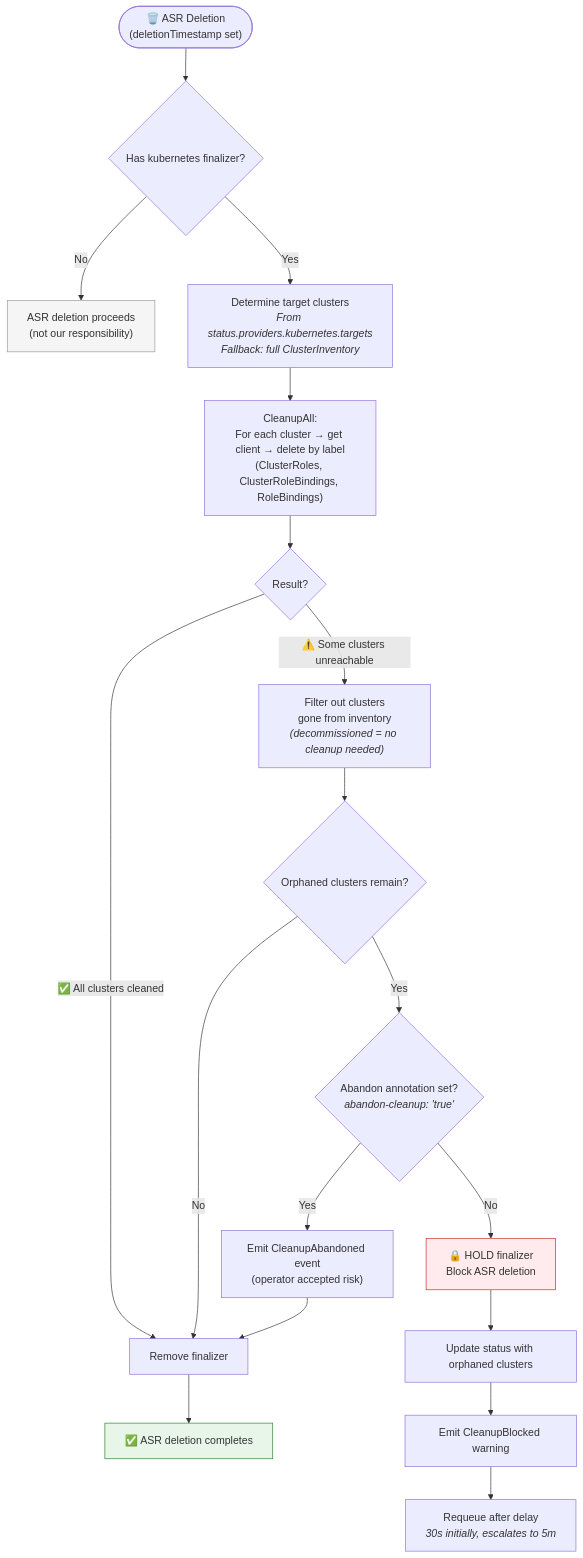
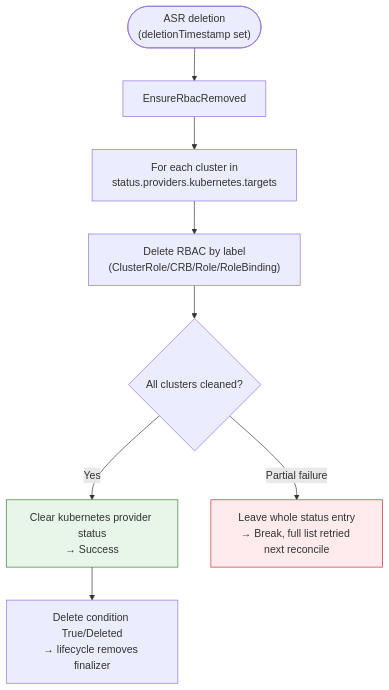
Before and after one commit to cloudoperators/permission-manager: the fourth of 5 diagrams in docs/reconciler-flows.md, drawn with Mermaid. The commit also changed other lines of this file and 2 other files, not shown here.

First line of the commit message:
docs(provider/k8s): refresh reconciler-flows and fix drift after kubebuilder refactor (#89)

````diff
--- a/docs/reconciler-flows.md
+++ b/docs/reconciler-flows.md
@@ -224,49 +282,19 @@
 ```mermaid
 flowchart TD
-    DEL(["🗑️ ASR Deletion<br/>(deletionTimestamp set)"])
+    DEL(["ASR deletion<br/>(deletionTimestamp set)"])
+    DEL --> REMOVE["EnsureRbacRemoved"]
 
-    DEL --> HAS_FIN{"Has kubernetes finalizer?"}
-    HAS_FIN -->|"No"| PROCEED["ASR deletion proceeds<br/>(not our responsibility)"]
+    REMOVE --> LOOP["For each cluster in<br/>status.providers.kubernetes.targets"]
+    LOOP --> DELETE["Delete RBAC by label<br/>(ClusterRole/CRB/Role/RoleBinding)"]
 
-    HAS_FIN -->|"Yes"| TARGETS["Determine target clusters<br/><i>From status.providers.kubernetes.targets</i><br/><i>Fallback: full ClusterInventory</i>"]
+    DELETE --> RESULT{"All clusters cleaned?"}
+    RESULT -->|"Yes"| CLEAR["Clear kubernetes provider status<br/>→ Success"]
+    RESULT -->|"Partial failure"| RETRY["Leave whole status entry<br/>→ Break, full list retried next reconcile"]
 
-    TARGETS --> CLEANUP["CleanupAll:<br/>For each cluster → get client → delete by label<br/>(ClusterRoles, ClusterRoleBindings, RoleBindings)"]
+    CLEAR --> FIN["Delete condition True/Deleted<br/>→ lifecycle removes finalizer"]
 
-    CLEANUP --> RESULT{"Result?"}
+    click REMOVE "https://github.com/cloudoperators/permission-manager/blob/main/internal/provider/k8s/ensure_orphans_removed.go" "EnsureRbacRemoved"
 
-    %% Happy path
-    RESULT -->|"✅ All clusters cleaned"| REMOVE_FIN["Remove finalizer"]
-    REMOVE_FIN --> DELETED["✅ ASR deletion completes"]
-
-    %% Some unreachable
-    RESULT -->|"⚠️ Some clusters unreachable"| FILTER["Filter out clusters<br/>gone from inventory<br/><i>(decommissioned = no cleanup needed)</i>"]
-
-    FILTER --> REMAINING{"Orphaned clusters remain?"}
-    REMAINING -->|"No"| REMOVE_FIN
-
-    REMAINING -->|"Yes"| ABANDON{"Abandon annotation set?<br/><i>abandon-cleanup: 'true'</i>"}
-
-    %% Exit path 3: abandon
-    ABANDON -->|"Yes"| EMIT_ABANDON["Emit CleanupAbandoned event<br/>(operator accepted risk)"]
-    EMIT_ABANDON --> REMOVE_FIN
-
-    %% Hold finalizer
-    ABANDON -->|"No"| HOLD["🔒 HOLD finalizer<br/>Block ASR deletion"]
-    HOLD --> STATUS_ORPHAN["Update status with orphaned clusters"]
-    STATUS_ORPHAN --> EMIT_WARN["Emit CleanupBlocked warning"]
-    EMIT_WARN --> REQUEUE["Requeue after delay<br/><i>30s initially, escalates to 5m</i>"]
-
-    %% Code links
-    click HAS_FIN "https://github.com/cloudoperators/permission-manager/blob/main/controller/internal/controller/kubernetes/reconciler.go#L149" "controllerutil.ContainsFinalizer(&asr, FinalizerKubernetes)"
-    click TARGETS "https://github.com/cloudoperators/permission-manager/blob/main/controller/internal/controller/kubernetes/reconcile_plan.go#L209" "extractTargetClusterNames(asr, inventory)"
-    click CLEANUP "https://github.com/cloudoperators/permission-manager/blob/main/controller/internal/controller/kubernetes/rbac_cleaner.go" "r.Cleaner.CleanupAll(ctx, asr.Name, clusters)"
-    click FILTER "https://github.com/cloudoperators/permission-manager/blob/main/controller/internal/controller/kubernetes/reconciler.go#L160" "filterOrphanedClusters(skipped, r.ClusterInventory)"
-    click ABANDON "https://github.com/cloudoperators/permission-manager/blob/main/controller/internal/controller/kubernetes/reconciler.go#L164" "hasAbandonAnnotation(&asr)"
-    click HOLD "https://github.com/cloudoperators/permission-manager/blob/main/controller/internal/controller/kubernetes/reconciler.go#L170" "Hold finalizer, patch status, emit event, requeue"
-    click REMOVE_FIN "https://github.com/cloudoperators/permission-manager/blob/main/controller/internal/controller/kubernetes/reconciler.go#L189" "controllerutil.RemoveFinalizer + Patch"
-
-    %% Styling
-    style DELETED fill:#e8f5e9,stroke:#2e7d32
-    style HOLD fill:#ffebee,stroke:#c62828
-    style PROCEED fill:#f5f5f5,stroke:#999
+    style CLEAR fill:#e8f5e9,stroke:#2e7d32
+    style RETRY fill:#ffebee,stroke:#c62828
 ```
````
